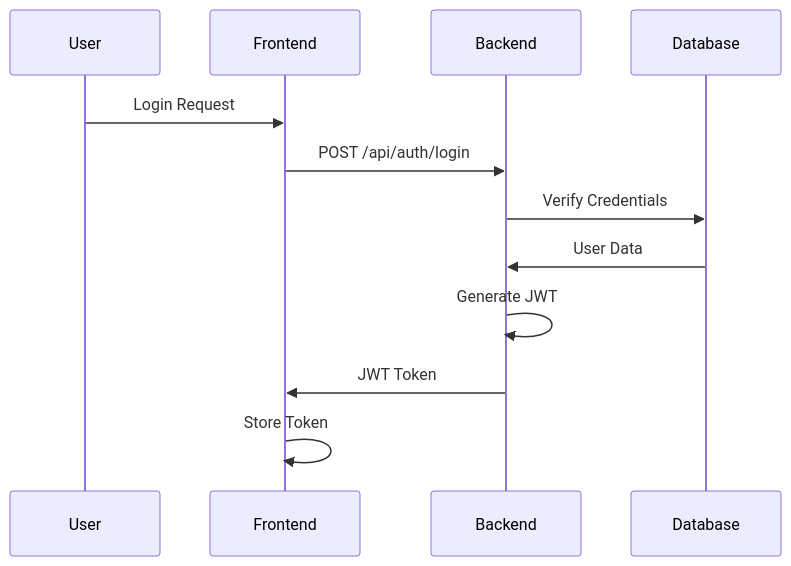
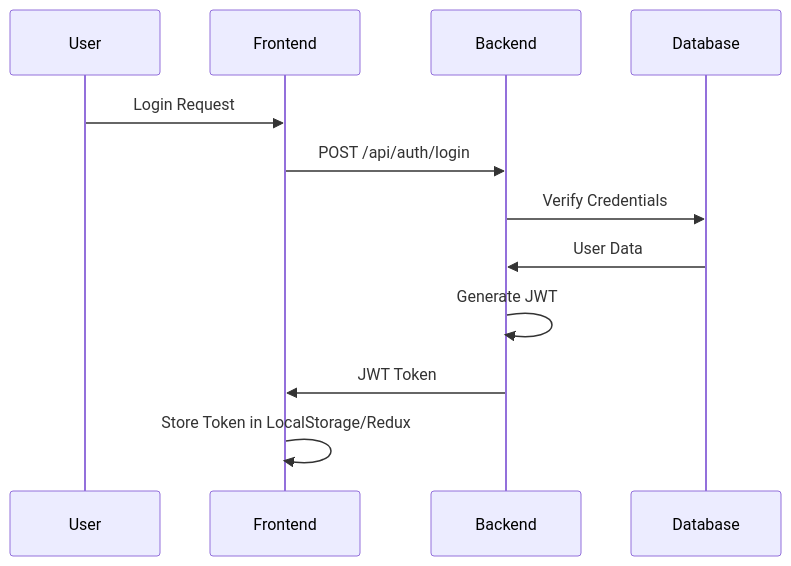
The third of 6 diagrams in smart-cart/ARCHITECTURE.md (HasiniA99x/go-vibe-99x), drawn with Mermaid before and after one commit. The commit also changed other lines of this file, not shown here.

Commit message:
Update architecture file

````diff
--- a/smart-cart/ARCHITECTURE.md
+++ b/smart-cart/ARCHITECTURE.md
@@ -174,15 +174,15 @@
 ```mermaid
 sequenceDiagram
     participant User
     participant Frontend
     participant Backend
     participant Database
 
     User->>Frontend: Login Request
     Frontend->>Backend: POST /api/auth/login
     Backend->>Database: Verify Credentials
     Database->>Backend: User Data
     Backend->>Backend: Generate JWT
     Backend->>Frontend: JWT Token
-    Frontend->>Frontend: Store Token
+    Frontend->>Frontend: Store Token in LocalStorage/Redux
 ```
````
